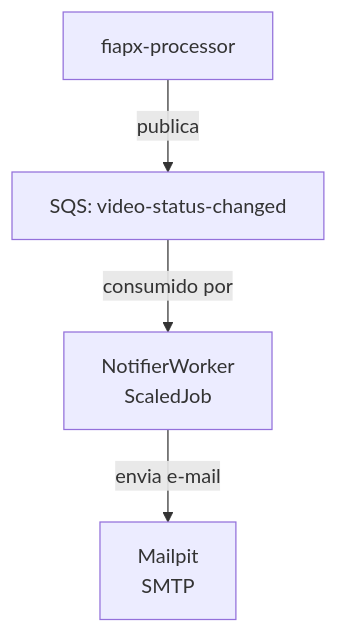
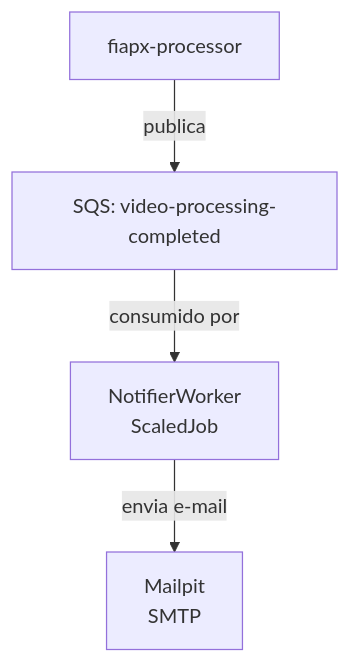
Before and after one commit to 13soat-fiapx/fiapx-notifier: the diagram in README.md, drawn with Mermaid. The commit also changed other lines of this file and 38 other files, not shown here.

````diff
--- a/README.md
+++ b/README.md
@@ -13,6 +13,6 @@
 ```mermaid
 graph TD
-    P[fiapx-processor] -->|publica| Q[SQS: video-status-changed]
+    P[fiapx-processor] -->|publica| Q[SQS: video-processing-completed]
     Q -->|consumido por| W[NotifierWorker\nScaledJob]
     W -->|envia e-mail| M[Mailpit\nSMTP]
 ```
````
